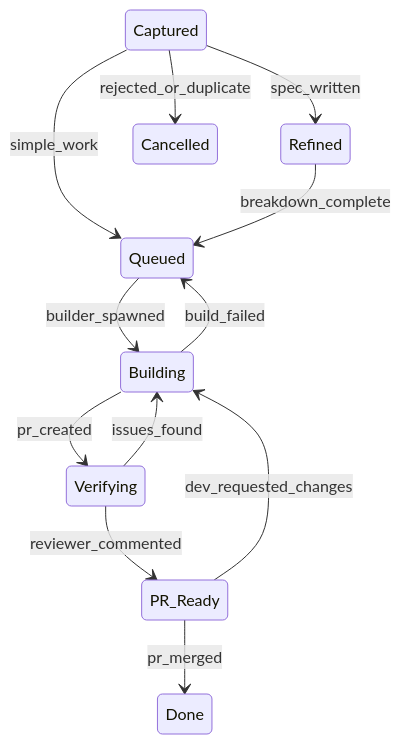
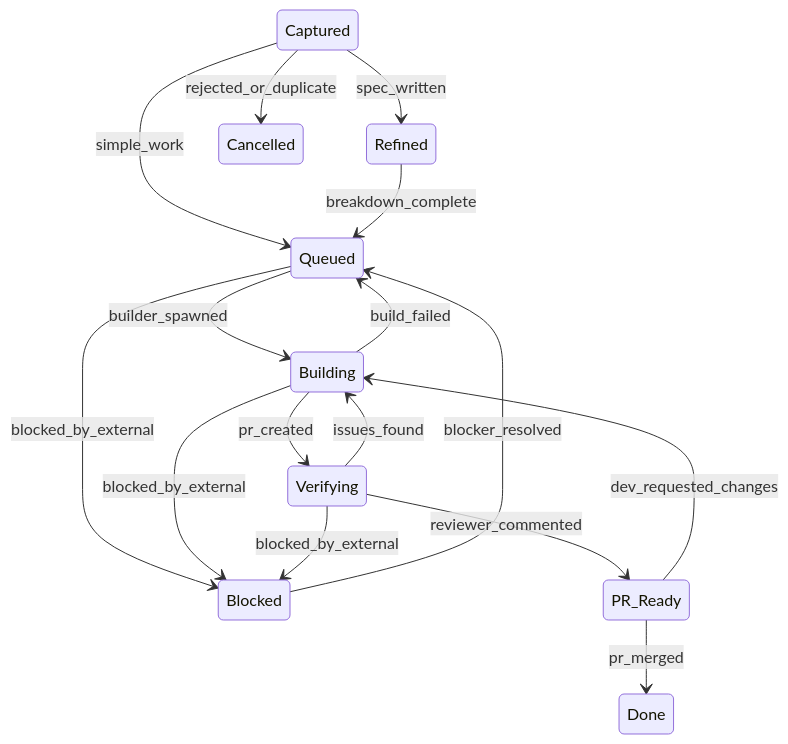
One commit to useverso/verso changed the diagram in docs/ARCHITECTURE.md. Above: the diagram before and after it, drawn with Mermaid. The commit also changed other lines of this file and 2 other files, not shown here.

````diff
--- a/docs/ARCHITECTURE.md
+++ b/docs/ARCHITECTURE.md
@@ -23,14 +23,18 @@
 ```mermaid
 stateDiagram-v2
     Captured --> Refined : spec_written
     Captured --> Queued : simple_work
     Captured --> Cancelled : rejected_or_duplicate
     Refined --> Queued : breakdown_complete
     Queued --> Building : builder_spawned
+    Queued --> Blocked : blocked_by_external
     Building --> Verifying : pr_created
     Building --> Queued : build_failed
+    Building --> Blocked : blocked_by_external
     Verifying --> PR_Ready : reviewer_commented
     Verifying --> Building : issues_found
+    Verifying --> Blocked : blocked_by_external
+    Blocked --> Queued : blocker_resolved
     PR_Ready --> Done : pr_merged
     PR_Ready --> Building : dev_requested_changes
 ```
````
